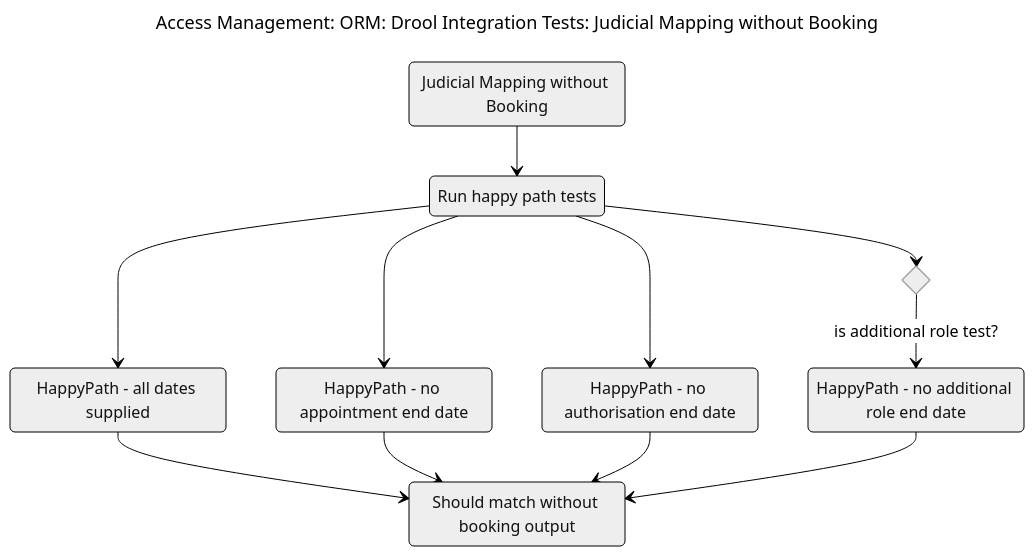
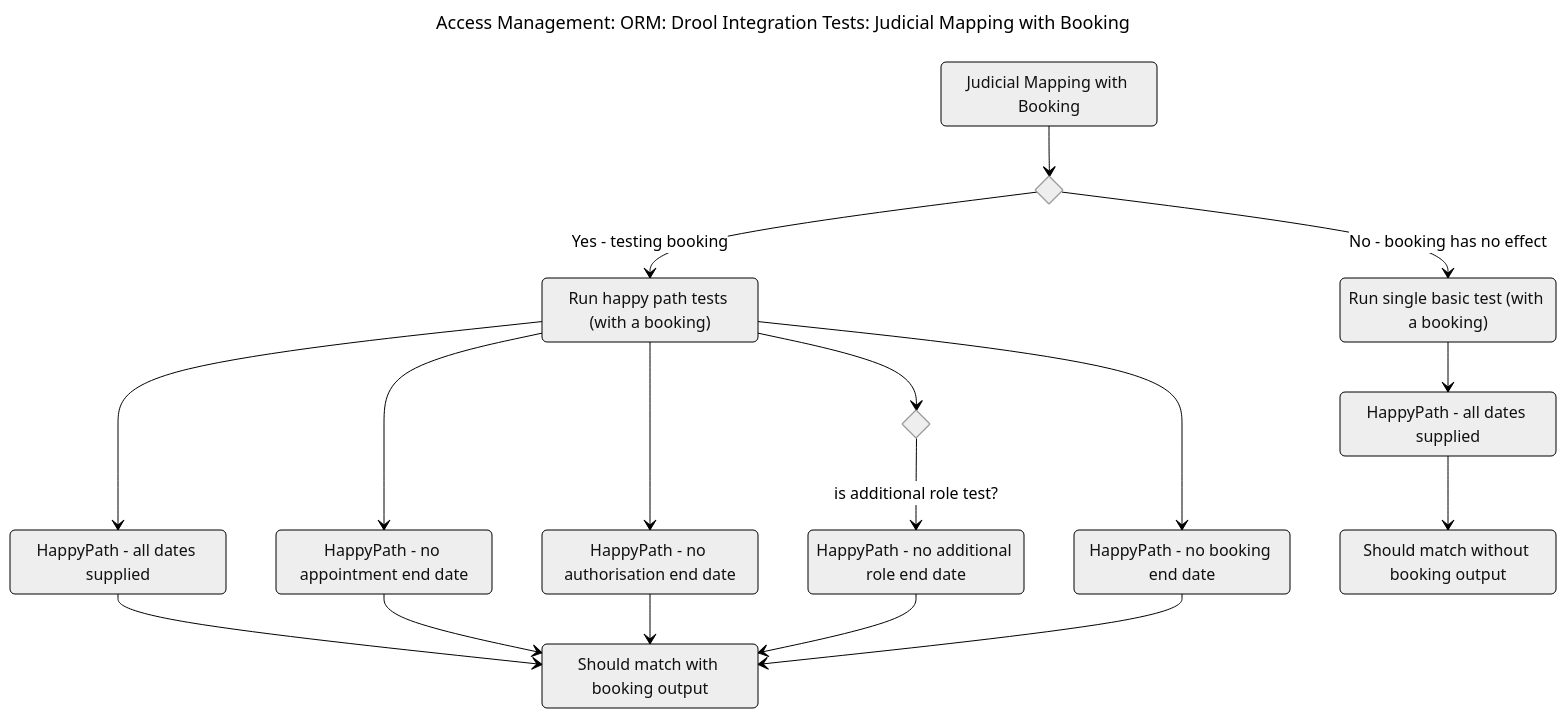
One commit to hmcts/am-org-role-mapping-service changed the second of 3 diagrams in src/integrationTest/resources/DroolTests/README.md. Above: the diagram before and after it, drawn with Mermaid (neutral theme).

Commit message:
DTSAM-604 Adjust README for Drool IT framework
   [DTSAM-604](https://tools.hmcts.net/jira/browse/DTSAM-604)

Adjust README for Drool Integration Tests framework.

````diff
--- a/src/integrationTest/resources/DroolTests/README.md
+++ b/src/integrationTest/resources/DroolTests/README.md
@@ -66,37 +50,52 @@
 ```mermaid
 ---
-title: "Access Management: ORM: Drool Integration Tests: Judicial Mapping without Booking"
+title: "Access Management: ORM: Drool Integration Tests: Judicial Mapping with Booking"
 ---
 stateDiagram-v2
 
-    MappingTests ::: test : Judicial Mapping without Booking
+    MappingTests ::: test : Judicial Mapping with Booking
 
-    RunHappyPaths ::: testRun : Run happy path tests
+    RunHappyPaths ::: testRun : Run happy path tests (with a booking)
+    RunBasicTest ::: testRun : Run single basic test (with a booking)
 
     HappyPath1 ::: scenario : HappyPath - all dates supplied 
     HappyPath2 ::: scenario : HappyPath - no appointment end date
     HappyPath3 ::: scenario : HappyPath - no authorisation end date
     HappyPath4 ::: scenario : HappyPath - no additional role end date
+    HappyPath5 ::: scenario : HappyPath - no booking end date
 
+    HappyPathBasic ::: scenario : HappyPath - all dates supplied 
+
+    shouldMatchWithBookingOutput ::: result : Should match with booking output
     shouldMatchWithoutBookingOutput ::: result : Should match without booking output
 
+    state using_booking <<choice>>
     state is_additional_role_test <<choice>>
 
-    MappingTests --> RunHappyPaths
+    MappingTests --> using_booking
+
+    using_booking --> RunHappyPaths: Yes - testing booking
+    using_booking --> RunBasicTest: No - booking has no effect
+
+    RunBasicTest --> HappyPathBasic
 
     RunHappyPaths --> HappyPath1
     RunHappyPaths --> HappyPath2
     RunHappyPaths --> HappyPath3
     RunHappyPaths --> is_additional_role_test
     is_additional_role_test --> HappyPath4: is additional role test?
+    RunHappyPaths --> HappyPath5
 
-    HappyPath1 --> shouldMatchWithoutBookingOutput
-    HappyPath2 --> shouldMatchWithoutBookingOutput
-    HappyPath3 --> shouldMatchWithoutBookingOutput
-    HappyPath4 --> shouldMatchWithoutBookingOutput
+    HappyPath1 --> shouldMatchWithBookingOutput
+    HappyPath2 --> shouldMatchWithBookingOutput
+    HappyPath3 --> shouldMatchWithBookingOutput
+    HappyPath4 --> shouldMatchWithBookingOutput
+    HappyPath5 --> shouldMatchWithBookingOutput
+
+    HappyPathBasic --> shouldMatchWithoutBookingOutput
 
     classDef testRun fill:orange
     classDef test fill:white
     classDef result fill:green,color:white
     classDef scenario fill:navy,color:white
 ```
````
